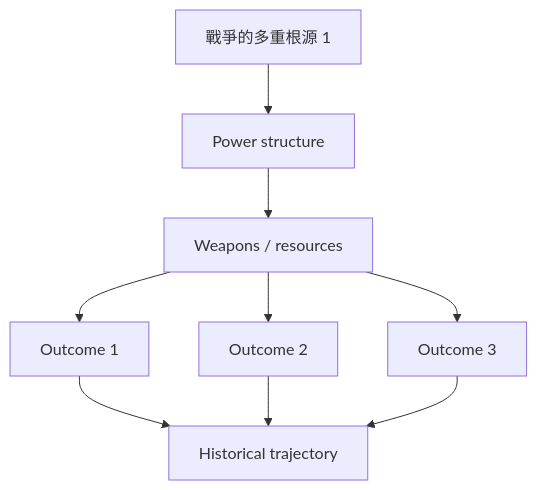
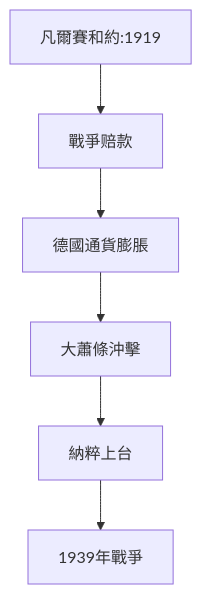
One commit to yip-lgtm/HKU-Harvard-History-Self-Study changed the first of 10 diagrams in 02_Harvard_Courses/Fall_Courses/Hist1942_The_Second_World_War.md. Above: the diagram before and after it, drawn with Mermaid. The commit also changed other lines of this file and 65 other files, not shown here.

````diff
--- a/02_Harvard_Courses/Fall_Courses/Hist1942_The_Second_World_War.md
+++ b/02_Harvard_Courses/Fall_Courses/Hist1942_The_Second_World_War.md
@@ -111,11 +104,8 @@
 ```mermaid
 graph TD
-    A[戰爭的多重根源 1] --> B[Power structure]
-    B --> C[Weapons / resources]
-    C --> D[Outcome 1]
-    C --> E[Outcome 2]
-    C --> F[Outcome 3]
-    D --> G[Historical trajectory]
-    E --> G
-    F --> G
+    A[凡爾賽和約:1919] --> B[戰爭赔款]
+    B --> C[德國通貨膨脹]
+    C --> D[大蕭條沖擊]
+    D --> E[納粹上台]
+    E --> F[1939年戰爭]
 ```
````
